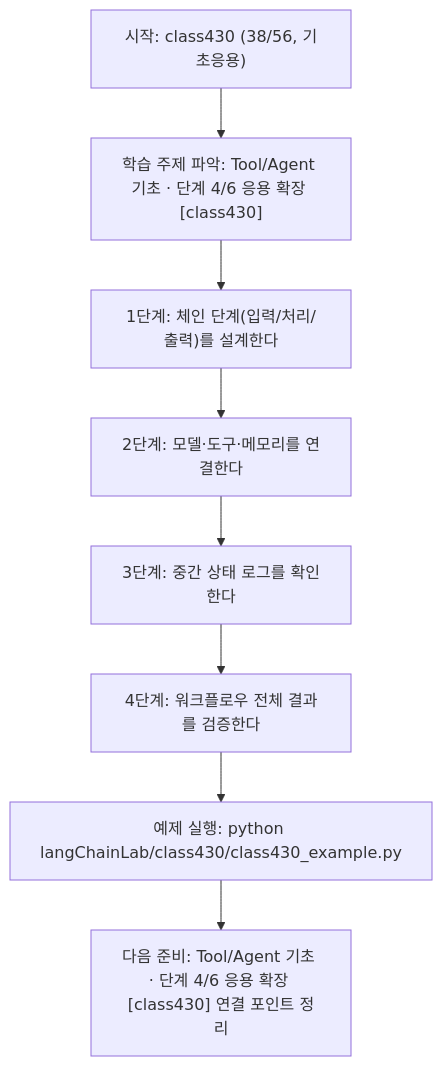
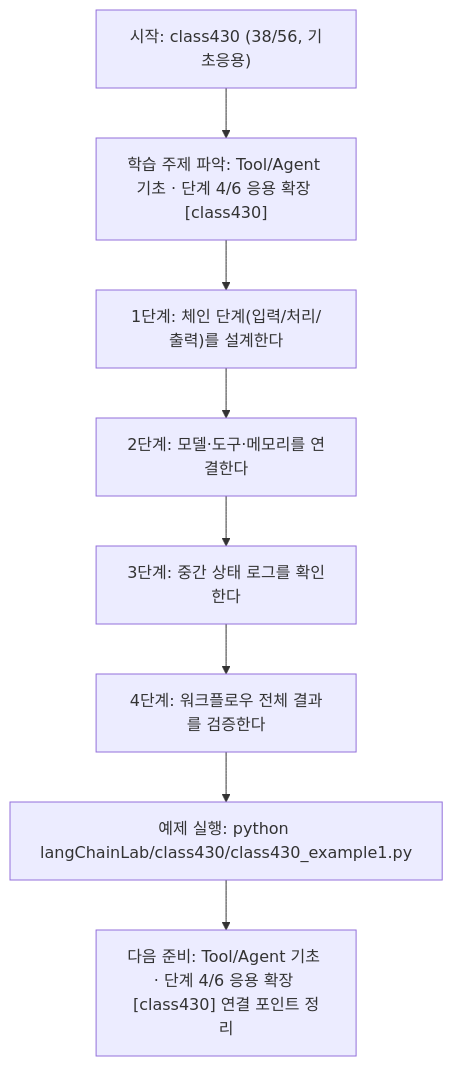
One commit to edumgt/Python-AI_Agent-Class changed the diagram in langChainLab/class430/class430.md. Above: the diagram before and after it, drawn with Mermaid. The commit also changed other lines of this file and 2959 other files, not shown here.

````diff
--- a/langChainLab/class430/class430.md
+++ b/langChainLab/class430/class430.md
@@ -110,18 +110,18 @@
 ```mermaid
 flowchart TD
 N1["시작: class430 (38/56, 기초응용)"]
 N2["학습 주제 파악: Tool/Agent 기초 · 단계 4/6 응용 확장 [class430]"]
 N3["1단계: 체인 단계(입력/처리/출력)를 설계한다"]
 N4["2단계: 모델·도구·메모리를 연결한다"]
 N5["3단계: 중간 상태 로그를 확인한다"]
 N6["4단계: 워크플로우 전체 결과를 검증한다"]
-N7["예제 실행: python langChainLab/class430/class430_example.py"]
+N7["예제 실행: python langChainLab/class430/class430_example1.py"]
 N8["다음 준비: Tool/Agent 기초 · 단계 4/6 응용 확장 [class430] 연결 포인트 정리"]
 N1 --> N2
 N2 --> N3
 N3 --> N4
 N4 --> N5
 N5 --> N6
 N6 --> N7
 N7 --> N8
 ```
````
